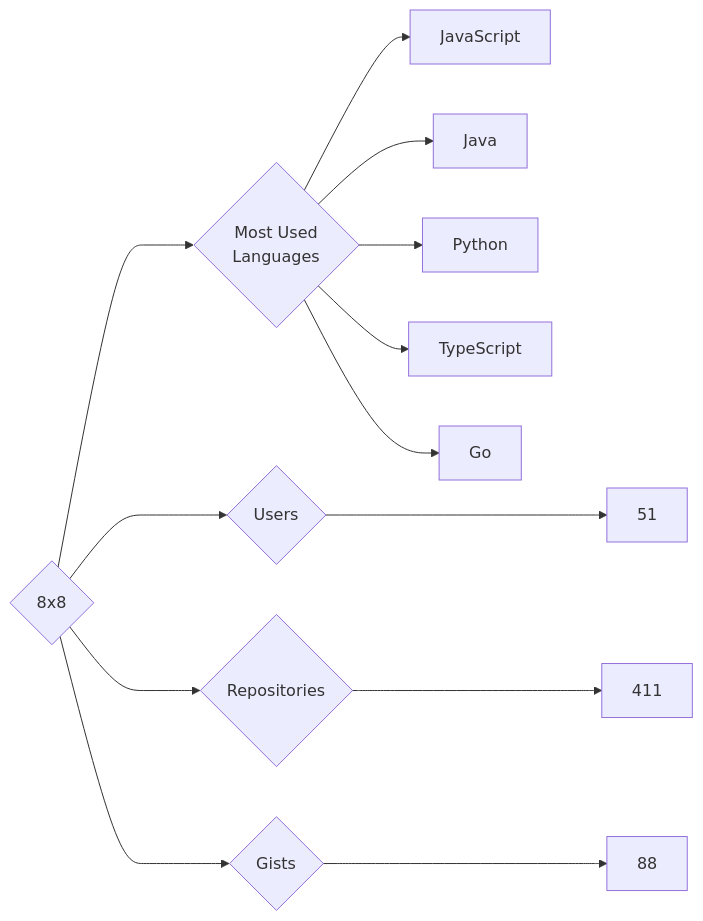
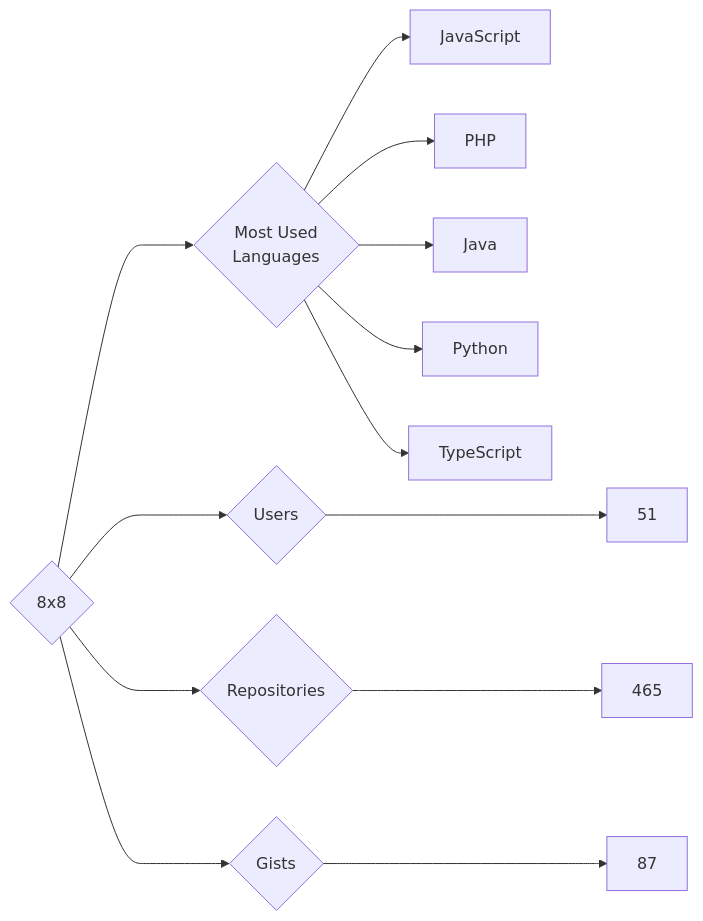
Before and after one commit to trickest/insiders: the diagram in targets/8x8/README.md, drawn with Mermaid. The commit also changed 927 other files, not shown here.

````diff
--- a/targets/8x8/README.md
+++ b/targets/8x8/README.md
@@ -3,13 +3,13 @@
 ```mermaid
 graph LR
 COMPANY_NAME{8x8}
 COMPANY_NAME ---> U{Users} ---> UN[51]
-COMPANY_NAME ---> R{Repositories} ---> RN[411]
-COMPANY_NAME ---> G{Gists} ---> GN[88]
+COMPANY_NAME ---> R{Repositories} ---> RN[465]
+COMPANY_NAME ---> G{Gists} ---> GN[87]
 COMPANY_NAME ---> ML{Most Used<br>Languages}
 ML --> JavaScript[JavaScript]
+ML --> PHP[PHP]
 ML --> Java[Java]
 ML --> Python[Python]
 ML --> TypeScript[TypeScript]
-ML --> Go[Go]
 ```
````
